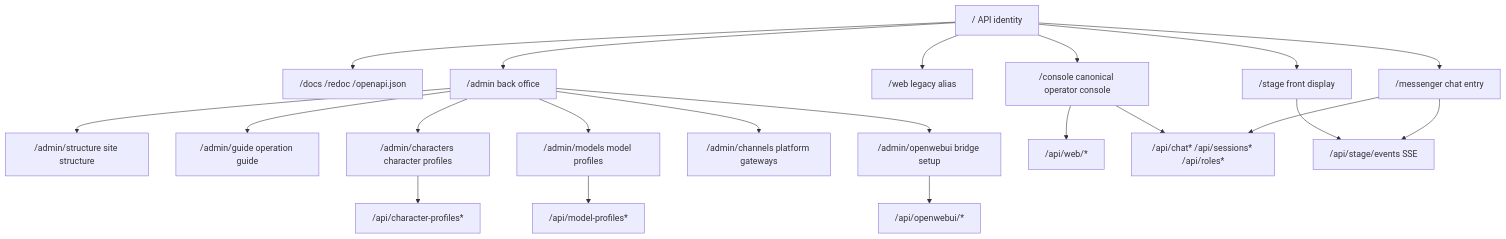
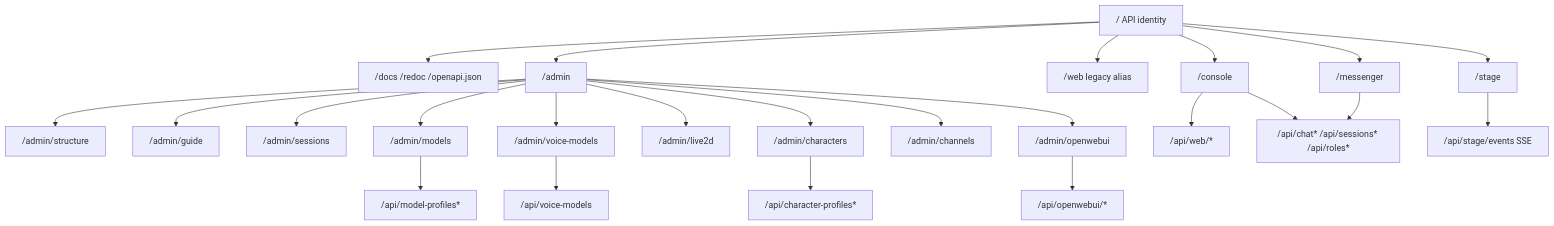
Before and after one commit to moegundam/echobot-web-mobile: the first of 2 diagrams in docs/implementation/echobot-web-site-structure.md, drawn with Mermaid. The commit also changed other lines of this file and 28 other files, not shown here.

Commit message:
Refine session-centered channels and admin UX

````diff
--- a/docs/implementation/echobot-web-site-structure.md
+++ b/docs/implementation/echobot-web-site-structure.md
@@ -63,25 +74,28 @@
 ```mermaid
 flowchart TD
     Root["/ API identity"] --> Docs["/docs /redoc /openapi.json"]
-    Root --> Console["/console canonical operator console"]
+    Root --> Console["/console"]
     Root --> WebAlias["/web legacy alias"]
-    Root --> Stage["/stage front display"]
-    Root --> Messenger["/messenger chat entry"]
-    Root --> Admin["/admin back office"]
+    Root --> Stage["/stage"]
+    Root --> Messenger["/messenger"]
+    Root --> Admin["/admin"]
 
-    Admin --> Structure["/admin/structure site structure"]
-    Admin --> Guide["/admin/guide operation guide"]
-    Admin --> Characters["/admin/characters character profiles"]
-    Admin --> Models["/admin/models model profiles"]
-    Admin --> Channels["/admin/channels platform gateways"]
-    Admin --> OpenWebUI["/admin/openwebui bridge setup"]
+    Admin --> Structure["/admin/structure"]
+    Admin --> Guide["/admin/guide"]
+    Admin --> Sessions["/admin/sessions"]
+    Admin --> Models["/admin/models"]
+    Admin --> Voice["/admin/voice-models"]
+    Admin --> Live2D["/admin/live2d"]
+    Admin --> Characters["/admin/characters"]
+    Admin --> Channels["/admin/channels"]
+    Admin --> OpenWebUI["/admin/openwebui"]
 
     Console --> WebAPI["/api/web/*"]
     Console --> ChatAPI["/api/chat* /api/sessions* /api/roles*"]
+    Messenger --> ChatAPI
     Stage --> StageAPI["/api/stage/events SSE"]
-    Messenger --> ChatAPI
-    Messenger --> StageAPI
     Characters --> CharacterAPI["/api/character-profiles*"]
     Models --> ModelAPI["/api/model-profiles*"]
+    Voice --> VoiceAPI["/api/voice-models"]
     OpenWebUI --> BridgeAPI["/api/openwebui/*"]
 ```
````
